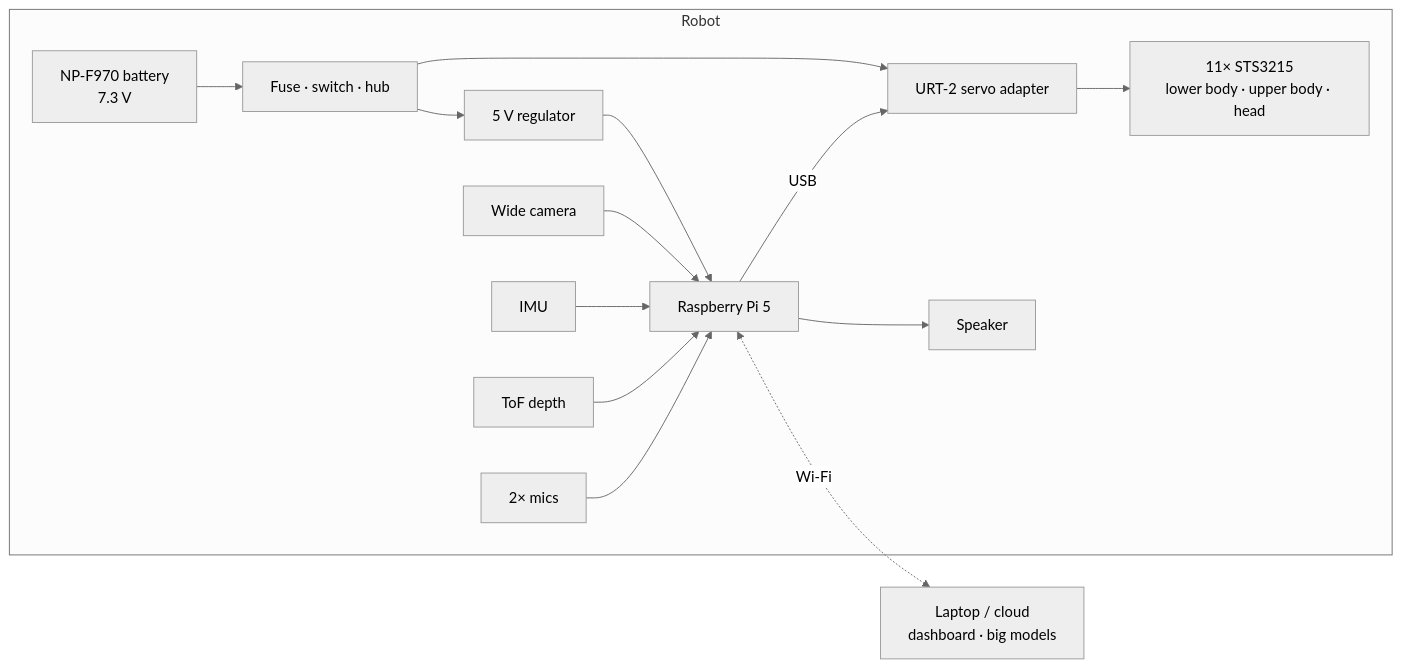
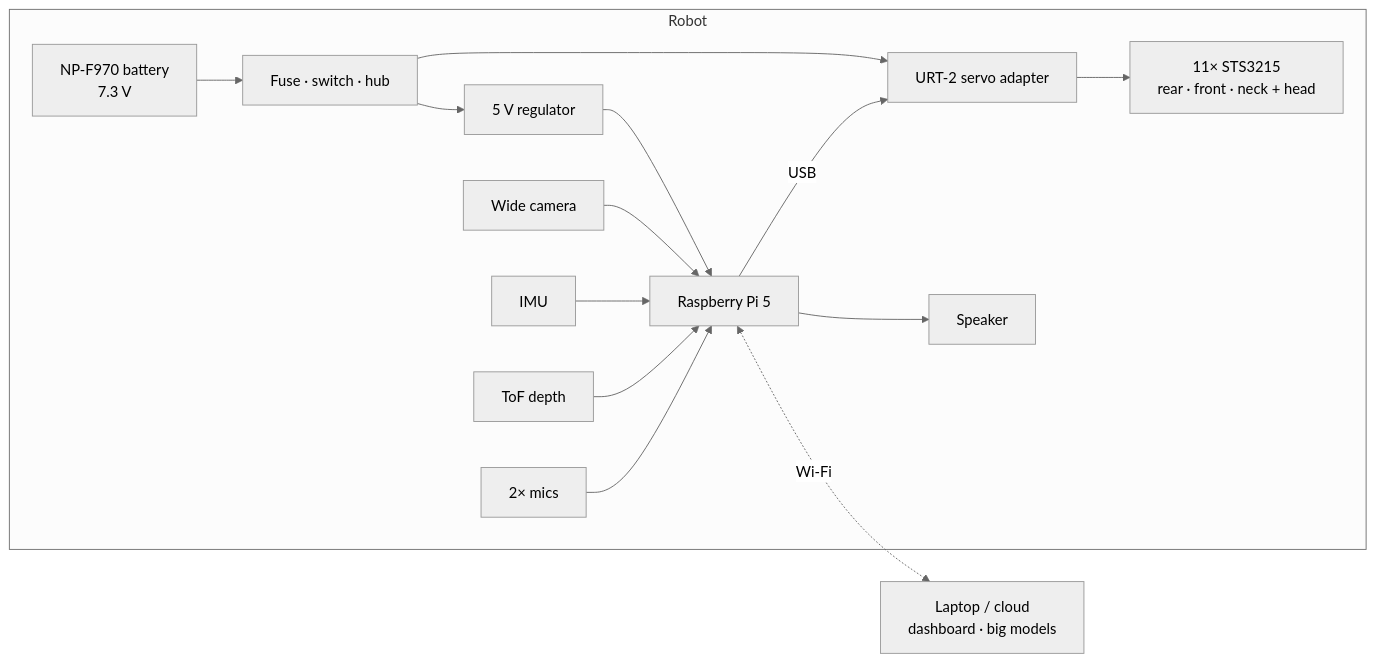
Before and after one commit to jameslemke10/microdog: the diagram in README.md, drawn with Mermaid (neutral theme). The commit also changed other lines of this file and 7 other files, not shown here.

````diff
--- a/README.md
+++ b/README.md
@@ -20,17 +24,17 @@
 ```mermaid
 flowchart LR
     subgraph Robot
         BAT[NP-F970 battery<br/>7.3 V] --> PWR[Fuse · switch · hub]
         PWR --> URT[URT-2 servo adapter]
         PWR --> REG[5 V regulator]
         REG --> PI[Raspberry Pi 5]
         PI -- USB --> URT
-        URT --> SERVOS[11× STS3215<br/>lower body · upper body · head]
+        URT --> SERVOS[11× STS3215<br/>rear · front · neck + head]
         CAM[Wide camera] --> PI
         IMU[IMU] --> PI
         TOF[ToF depth] --> PI
         MIC[2× mics] --> PI
         PI --> SPK[Speaker]
     end
     PI <-. Wi-Fi .-> BASE[Laptop / cloud<br/>dashboard · big models]
 ```
````
